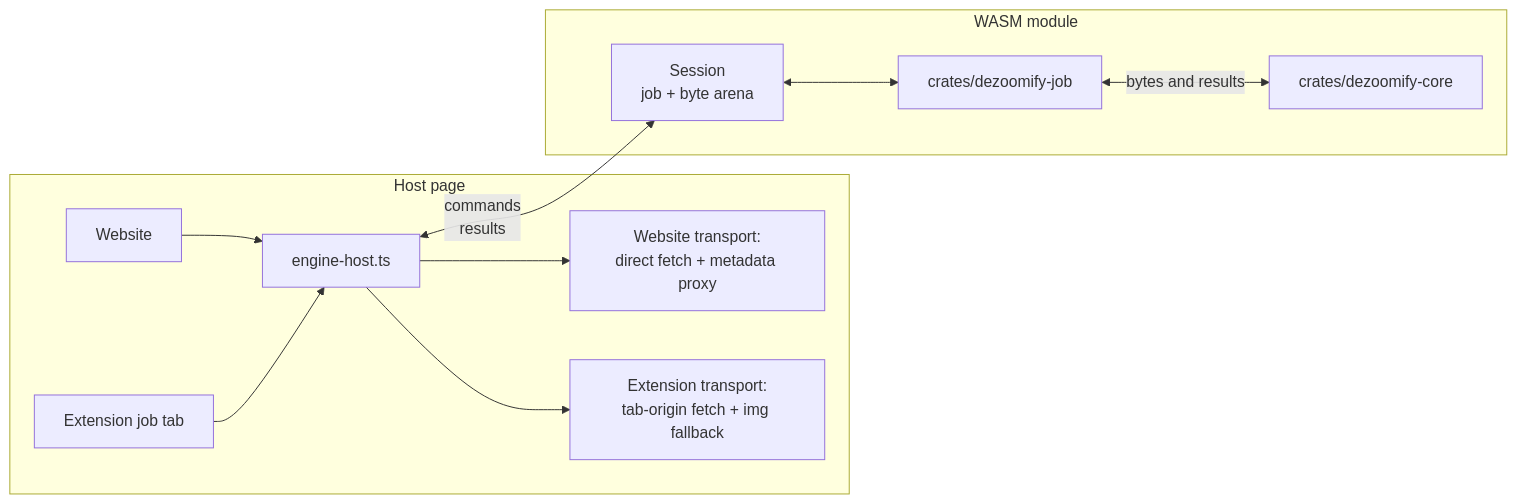
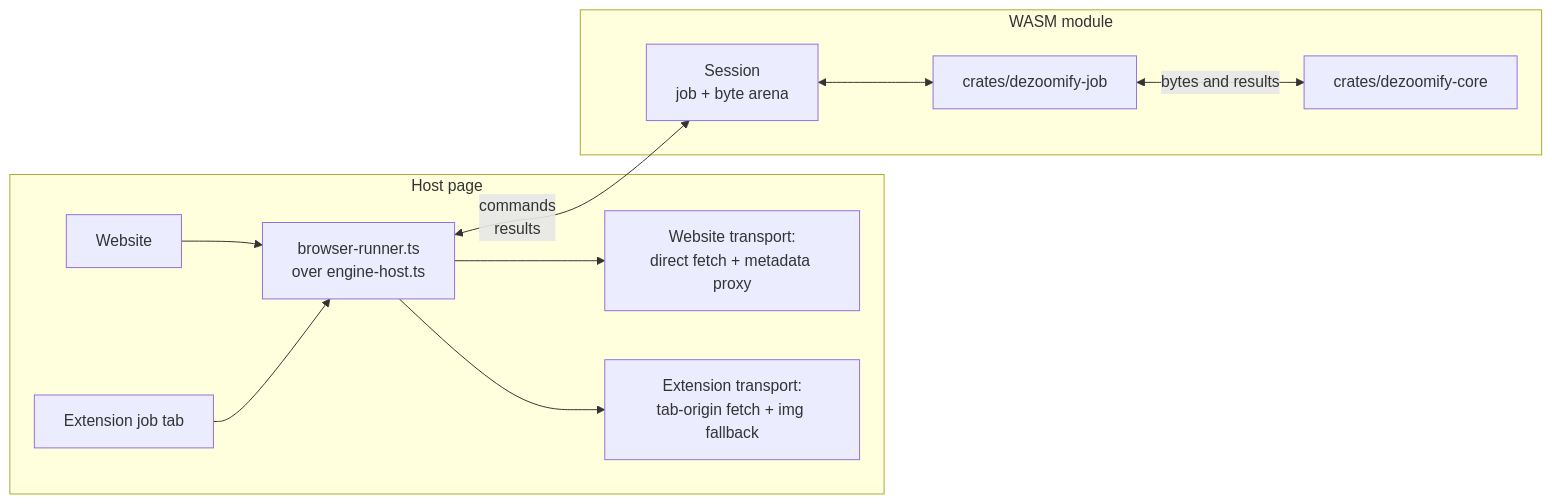
One commit to lovasoa/dezoomify changed the second of 3 diagrams in docs/architecture.md. Above: the diagram before and after it, drawn with Mermaid. The commit also changed other lines of this file and 110 other files, not shown here.

````diff
--- a/docs/architecture.md
+++ b/docs/architecture.md
@@ -50,22 +54,22 @@
 ```mermaid
 flowchart LR
     subgraph PAGE[Host page]
         SITE[Website]
         EXT[Extension job tab]
-        EH[engine-host.ts]
+        EH[browser-runner.ts<br/>over engine-host.ts]
         T1[Website transport:<br/>direct fetch + metadata proxy]
         T2[Extension transport:<br/>tab-origin fetch + img fallback]
     end
     subgraph WASM[WASM module]
         SES[Session<br/>job + byte arena]
         JOB[crates/dezoomify-job]
         CORE[crates/dezoomify-core]
     end
     SITE --> EH
     EXT --> EH
     EH --> T1
     EH --> T2
     EH <-->|commands<br/>results| SES
     SES <--> JOB
     JOB <-->|bytes and results| CORE
 ```
````
